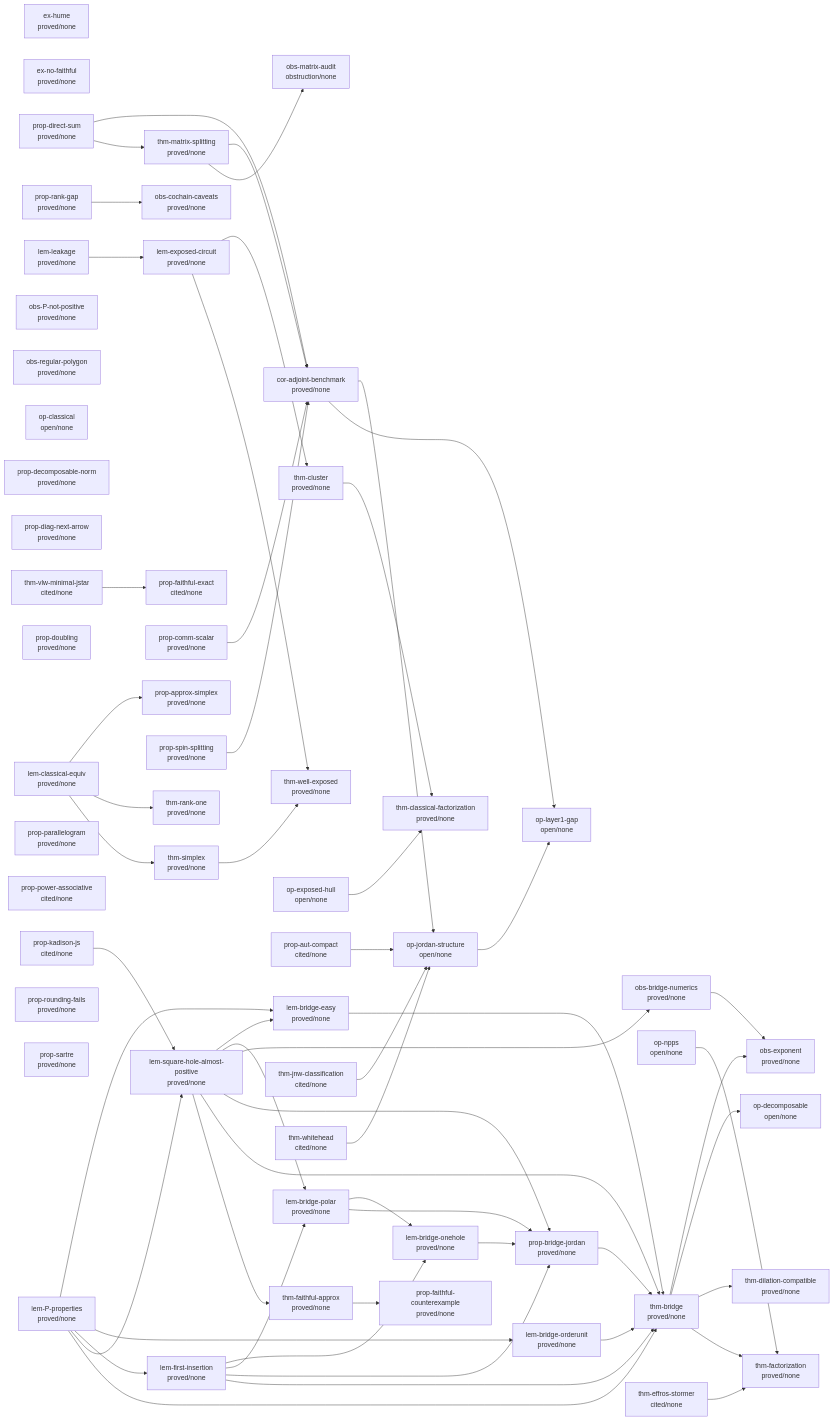
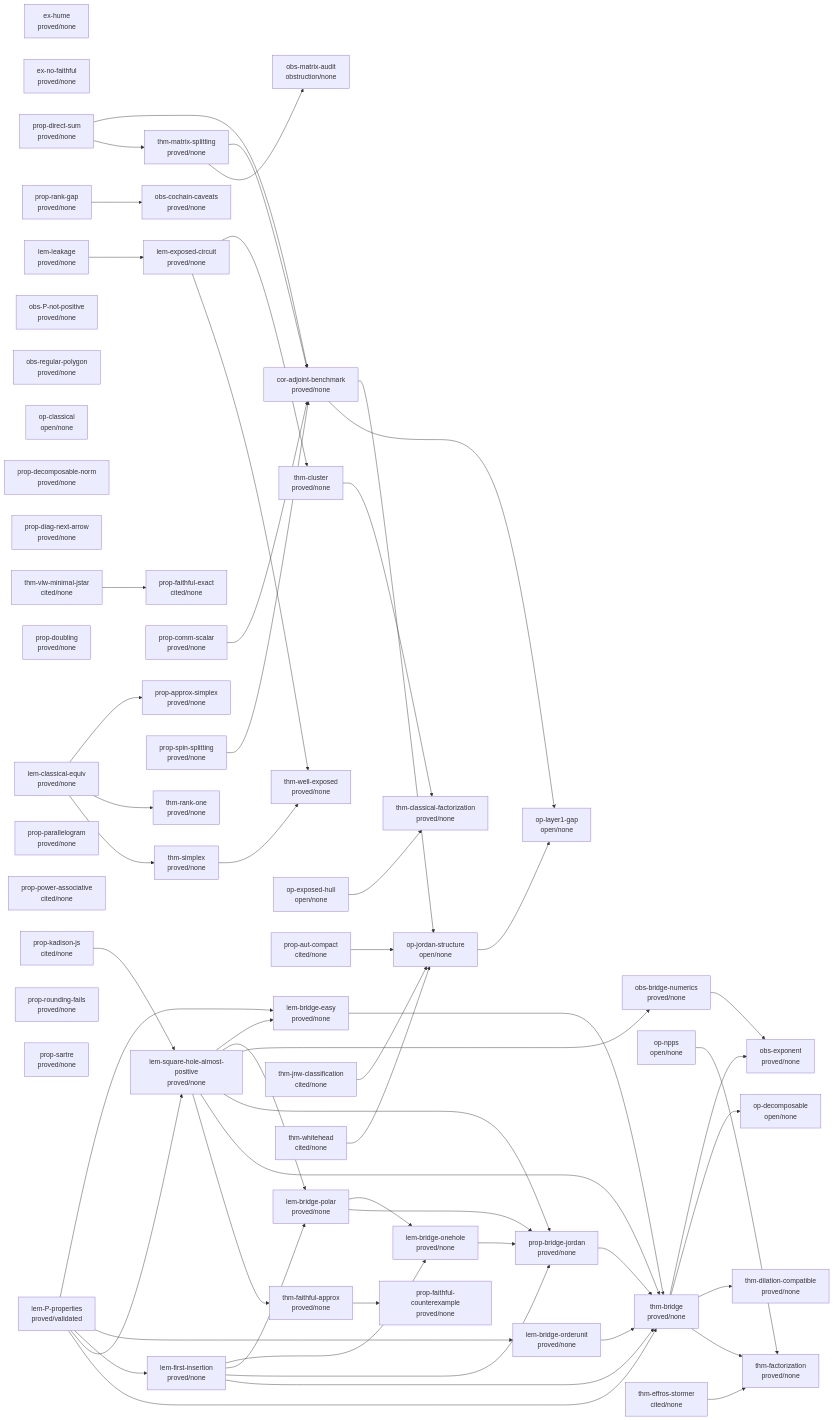
One commit to tobiasosborne/almost-idempotent-positive-maps changed the diagram in argument/DAG.md. Above: the diagram before and after it, drawn with Mermaid. The commit also changed 191 other files, not shown here.

```diff
--- a/argument/DAG.md
+++ b/argument/DAG.md
@@ -6,7 +6,7 @@
   cor-adjoint-benchmark["cor-adjoint-benchmark<br/>proved/none"]
   ex-hume["ex-hume<br/>proved/none"]
   ex-no-faithful["ex-no-faithful<br/>proved/none"]
-  lem-P-properties["lem-P-properties<br/>proved/none"]
+  lem-P-properties["lem-P-properties<br/>proved/validated"]
   lem-bridge-easy["lem-bridge-easy<br/>proved/none"]
   lem-bridge-onehole["lem-bridge-onehole<br/>proved/none"]
   lem-bridge-orderunit["lem-bridge-orderunit<br/>proved/none"]
```
